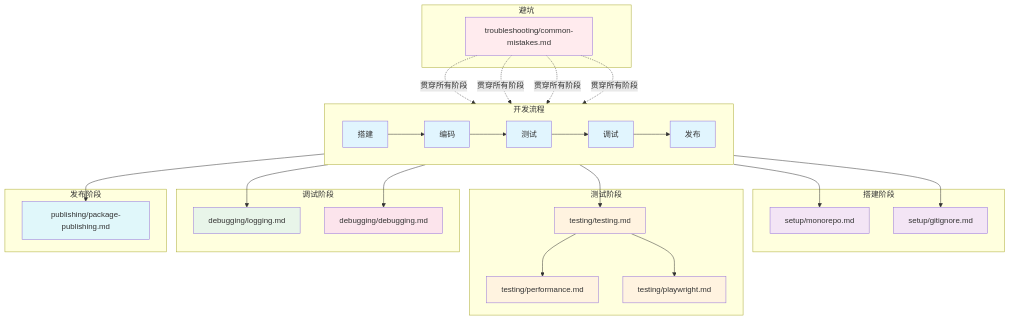
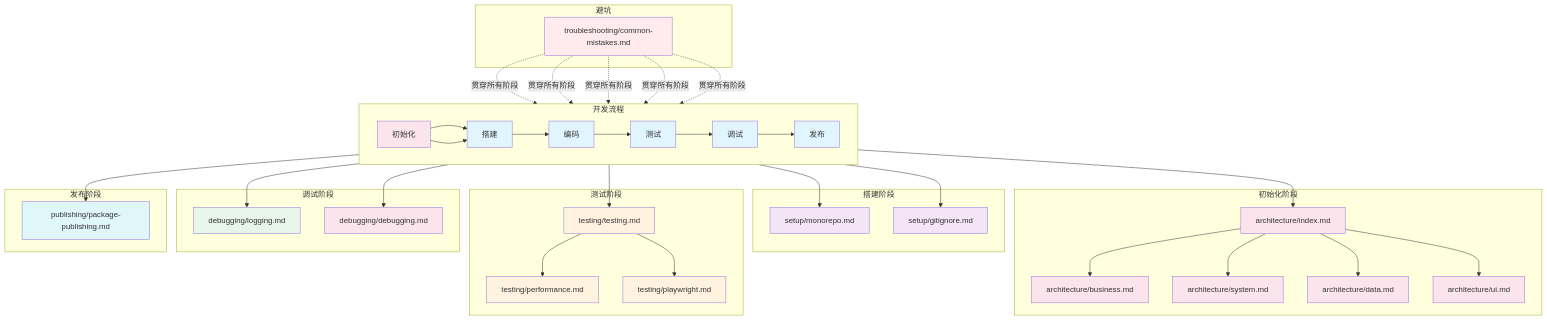
Before and after one commit to builden/bd-box: the fifth of 5 diagrams in plugins/builden-dev/skills/bun-best-practices/README.md, drawn with Mermaid. The commit also changed other lines of this file and 6 other files, not shown here.

````diff
--- a/plugins/builden-dev/skills/bun-best-practices/README.md
+++ b/plugins/builden-dev/skills/bun-best-practices/README.md
@@ -165,59 +206,80 @@
 ```mermaid
 graph TB
     subgraph 开发流程
         direction LR
-        S[搭建] --> C[编码] --> T[测试] --> D[调试] --> P[发布]
+        I[初始化] --> S[搭建] --> C[编码] --> T[测试] --> D[调试] --> P[发布]
+    end
+
+    subgraph 初始化阶段
+        I1[architecture/index.md]
+        I2[architecture/business.md]
+        I3[architecture/system.md]
+        I4[architecture/data.md]
+        I5[architecture/ui.md]
     end
 
     subgraph 搭建阶段
         S1[setup/monorepo.md]
         S2[setup/gitignore.md]
     end
 
     subgraph 测试阶段
         T1[testing/testing.md]
         T2[testing/performance.md]
         T3[testing/playwright.md]
     end
 
     subgraph 调试阶段
         D1[debugging/logging.md]
         D2[debugging/debugging.md]
     end
 
     subgraph 发布阶段
         P1[publishing/package-publishing.md]
     end
 
     subgraph 避坑
         TR[troubleshooting/common-mistakes.md]
     end
 
+    I --> I1
+    I1 --> I2
+    I1 --> I3
+    I1 --> I4
+    I1 --> I5
+    I --> S
     S --> S1
     S --> S2
     C --> T1
     T1 --> T2
     T1 --> T3
     D --> D1
     D --> D2
     P --> P1
+    TR -.->|贯穿所有阶段| I
     TR -.->|贯穿所有阶段| S
     TR -.->|贯穿所有阶段| C
     TR -.->|贯穿所有阶段| T
     TR -.->|贯穿所有阶段| D
 
+    style I fill:#fce4ec
+    style I1 fill:#fce4ec
+    style I2 fill:#fce4ec
+    style I3 fill:#fce4ec
+    style I4 fill:#fce4ec
+    style I5 fill:#fce4ec
     style S fill:#e1f5fe
     style C fill:#e1f5fe
     style T fill:#e1f5fe
     style D fill:#e1f5fe
     style P fill:#e1f5fe
     style T1 fill:#fff3e0
     style T2 fill:#fff3e0
     style T3 fill:#fff3e0
     style D1 fill:#e8f5e9
     style D2 fill:#fce4ec
     style S1 fill:#f3e5f5
     style S2 fill:#f3e5f5
     style P1 fill:#e0f7fa
     style TR fill:#ffebee
 ```
````
